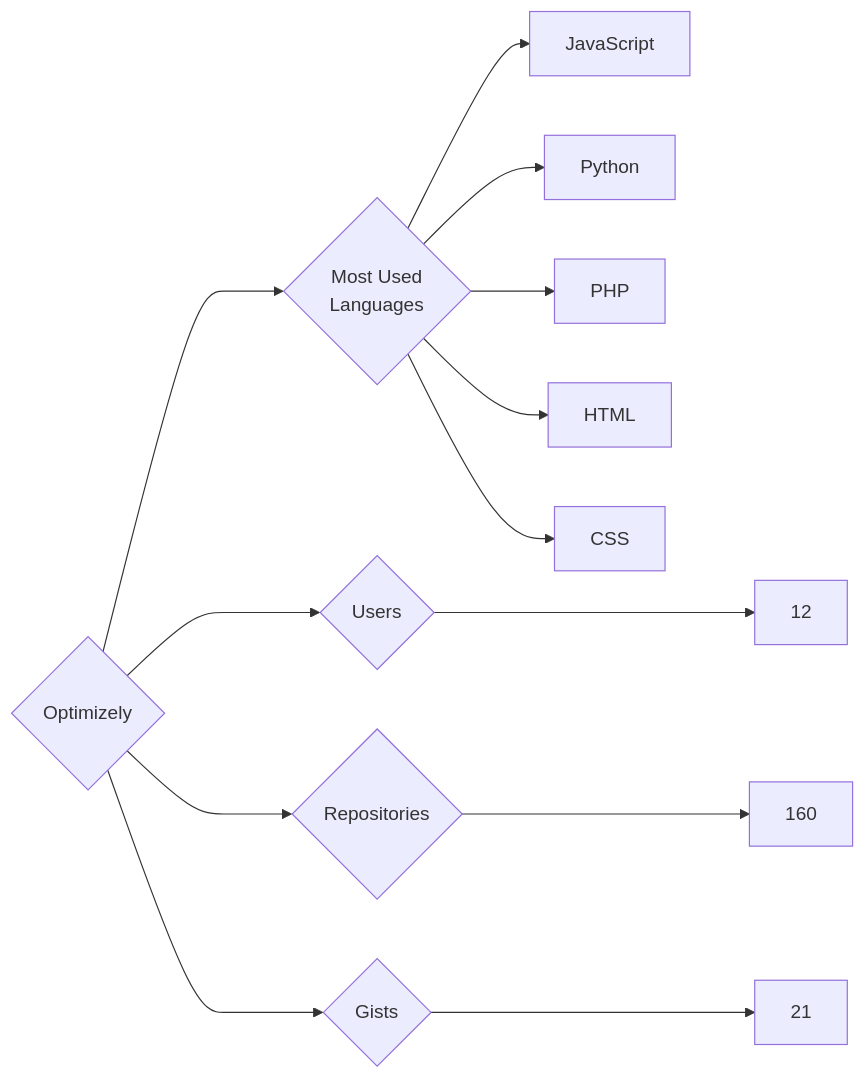
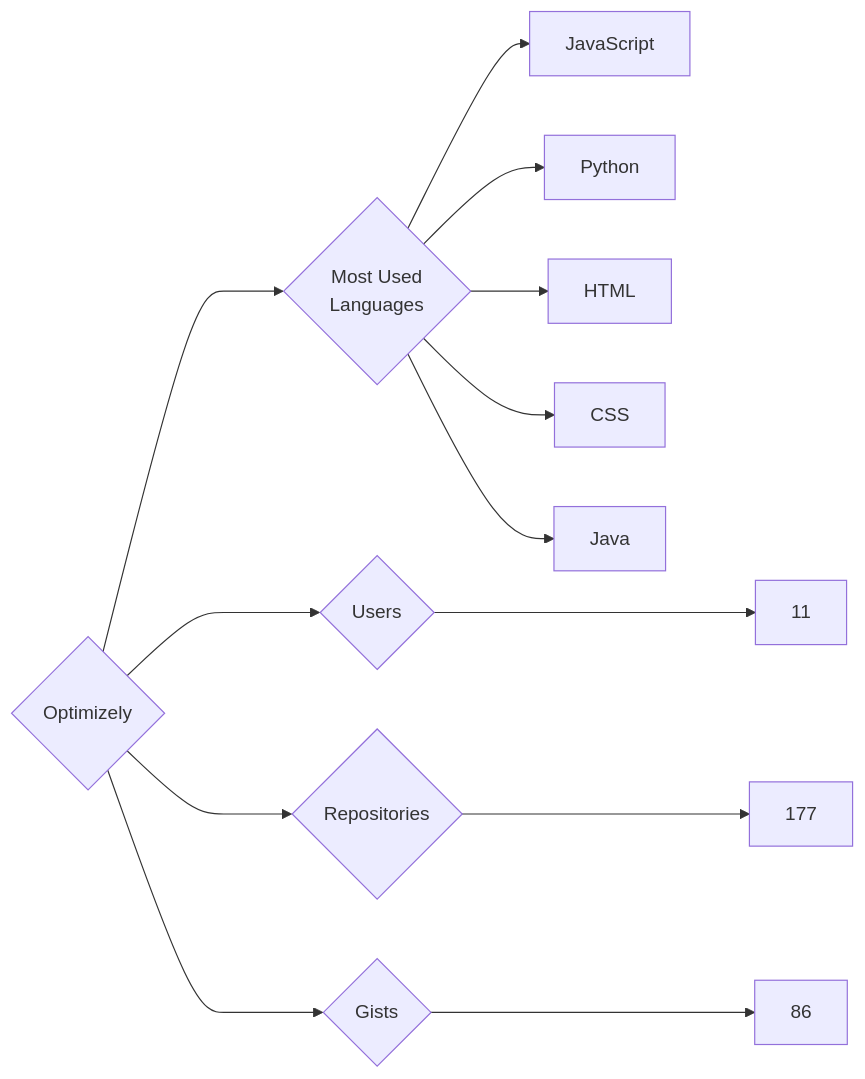
The diagram in targets/Optimizely/README.md (trickest/insiders), drawn with Mermaid before and after one commit. The commit also changed 953 other files, not shown here.

````diff
--- a/targets/Optimizely/README.md
+++ b/targets/Optimizely/README.md
@@ -3,13 +3,13 @@
 ```mermaid
 graph LR
 COMPANY_NAME{Optimizely}
-COMPANY_NAME ---> U{Users} ---> UN[12]
-COMPANY_NAME ---> R{Repositories} ---> RN[160]
-COMPANY_NAME ---> G{Gists} ---> GN[21]
+COMPANY_NAME ---> U{Users} ---> UN[11]
+COMPANY_NAME ---> R{Repositories} ---> RN[177]
+COMPANY_NAME ---> G{Gists} ---> GN[86]
 COMPANY_NAME ---> ML{Most Used<br>Languages}
 ML --> JavaScript[JavaScript]
 ML --> Python[Python]
-ML --> PHP[PHP]
 ML --> HTML[HTML]
 ML --> CSS[CSS]
+ML --> Java[Java]
 ```
````
